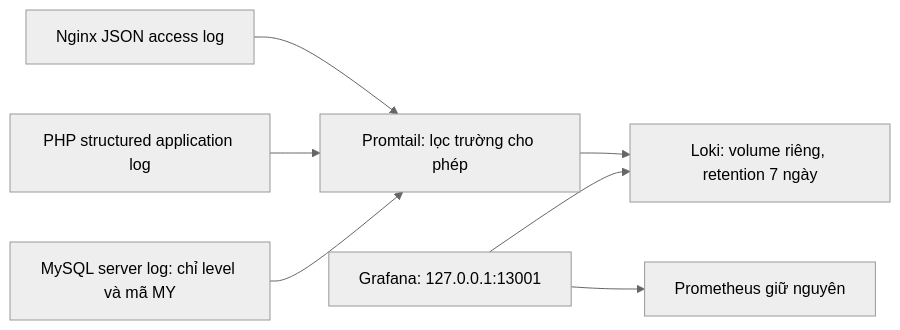
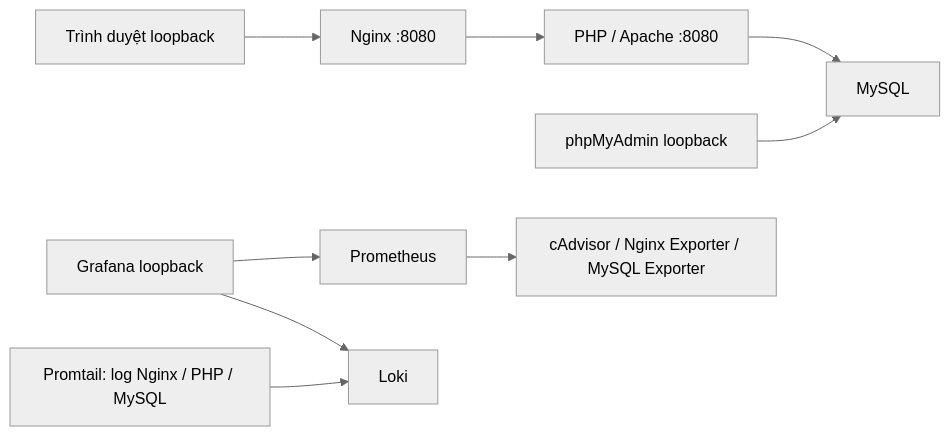
Before and after one commit to dtc245200364-del/attendance-system: the diagram in README.md, drawn with Mermaid (neutral theme). The commit also changed other lines of this file, not shown here.

````diff
--- a/README.md
+++ b/README.md
@@ -201,9 +131,11 @@
 ```mermaid
 flowchart LR
-    N[Nginx JSON access log] --> T[Promtail: lọc trường cho phép]
-    P[PHP structured application log] --> T
-    M[MySQL server log: chỉ level và mã MY] --> T
-    T --> L[Loki: volume riêng, retention 7 ngày]
-    G[Grafana: 127.0.0.1:13001] --> L
-    G --> PR[Prometheus giữ nguyên]
+    B[Trình duyệt loopback] --> N[Nginx :8080]
+    N --> W[PHP / Apache :8080]
+    W --> D[MySQL]
+    PMA[phpMyAdmin loopback] --> D
+    G[Grafana loopback] --> P[Prometheus]
+    P --> E[cAdvisor / Nginx Exporter / MySQL Exporter]
+    T[Promtail: log Nginx / PHP / MySQL] --> L[Loki]
+    G --> L
 ```
````
